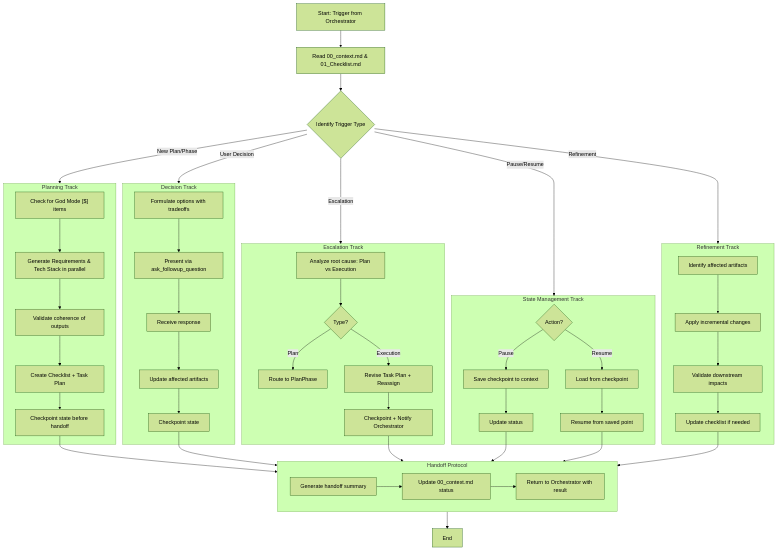
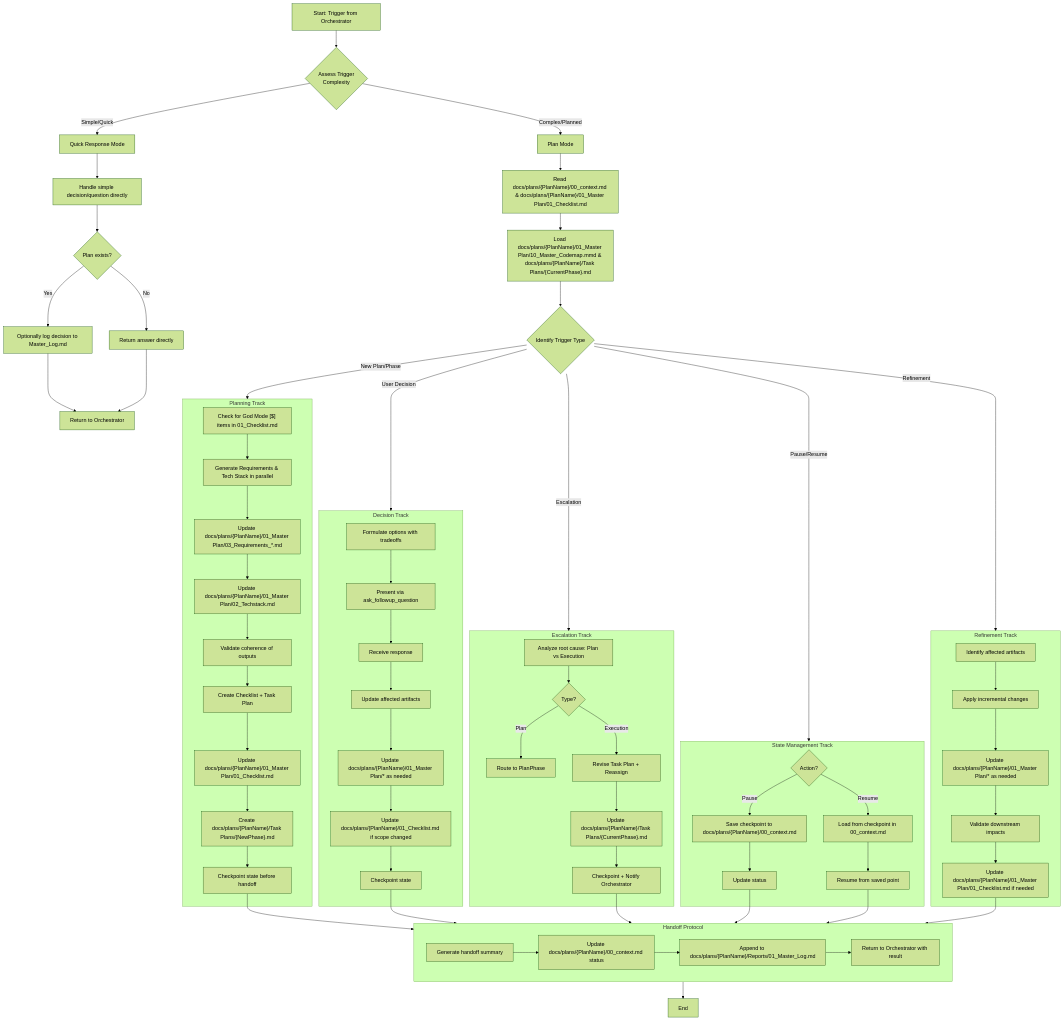
The diagram in agent/01b_architect_subagent_loop.md (burgercrisis/opencode-config), drawn with Mermaid (forest theme) before and after one commit. The commit also changed other lines of this file and 7 other files, not shown here.

First line of the commit message:
feat(orchestrator): add hybrid task complexity assessment with Quick/Plan mode routing

````diff
--- a/agent/01b_architect_subagent_loop.md
+++ b/agent/01b_architect_subagent_loop.md
@@ -11,7 +11,20 @@
 ```mermaid
 flowchart TD
-    Start[Start: Trigger from Orchestrator] --> ReadContext["Read 00_context.md & 01_Checklist.md"]
-    ReadContext --> IdentifyTrigger{Identify Trigger Type}
+    Start[Start: Trigger from Orchestrator] --> AssessTrigger{Assess Trigger\nComplexity}
+    
+    AssessTrigger -->|Simple/Quick| QuickResponse["Quick Response Mode"]
+    AssessTrigger -->|Complex/Planned| PlanRequired["Plan Mode"]
+    
+    QuickResponse --> QR1["Handle simple decision/question directly"]
+    QR1 --> QR2{"Plan exists?"}
+    QR2 -->|Yes| QR3["Optionally log decision to Master_Log.md"]
+    QR2 -->|No| QR4["Return answer directly"]
+    QR3 --> QREnd["Return to Orchestrator"]
+    QR4 --> QREnd
+    
+    PlanRequired --> ReadContext["Read docs/plans/{PlanName}/00_context.md & docs/plans/{PlanName}/01_Master Plan/01_Checklist.md"]
+    ReadContext --> LoadPlan["Load docs/plans/{PlanName}/01_Master Plan/10_Master_Codemap.mmd & docs/plans/{PlanName}/Task Plans/{CurrentPhase}.md"]
+    LoadPlan --> IdentifyTrigger{Identify Trigger Type}
     
     IdentifyTrigger -- New Plan/Phase --> PlanPhase["Planning Track"]
     IdentifyTrigger -- User Decision --> UserDecision["Decision Track"]
@@ -20,11 +33,15 @@
     IdentifyTrigger -- Refinement --> Refinement["Refinement Track"]
     
     subgraph PlanPhase["Planning Track"]
-        PP1["Check for God Mode [$] items"]
+        PP1["Check for God Mode [$] items in 01_Checklist.md"]
         PP1 --> PP2["Generate Requirements & Tech Stack in parallel"]
-        PP2 --> PP3["Validate coherence of outputs"]
+        PP2 --> PP2a["Update docs/plans/{PlanName}/01_Master Plan/03_Requirements_*.md"]
+        PP2a --> PP2b["Update docs/plans/{PlanName}/01_Master Plan/02_Techstack.md"]
+        PP2b --> PP3["Validate coherence of outputs"]
         PP3 --> PP4["Create Checklist + Task Plan"]
-        PP4 --> PP5["Checkpoint state before handoff"]
+        PP4 --> PP4a["Update docs/plans/{PlanName}/01_Master Plan/01_Checklist.md"]
+        PP4a --> PP4b["Create docs/plans/{PlanName}/Task Plans/{NewPhase}.md"]
+        PP4b --> PP5["Checkpoint state before handoff"]
     end
     
     subgraph UserDecision["Decision Track"]
@@ -32,7 +49,9 @@
         UD1 --> UD2["Present via ask_followup_question"]
         UD2 --> UD3["Receive response"]
         UD3 --> UD4["Update affected artifacts"]
-        UD4 --> UD5["Checkpoint state"]
+        UD4 --> UD4a["Update docs/plans/{PlanName}/01_Master Plan/* as needed"]
+        UD4a --> UD4b["Update docs/plans/{PlanName}/01_Checklist.md if scope changed"]
+        UD4b --> UD5["Checkpoint state"]
     end
     
     subgraph Escalation["Escalation Track"]
@@ -40,13 +59,14 @@
         E1 --> E2{Type?}
         E2 -- Plan --> E2a["Route to PlanPhase"]
         E2 -- Execution --> E2b["Revise Task Plan + Reassign"]
-        E2b --> E2c["Checkpoint + Notify Orchestrator"]
+        E2b --> E2b1["Update docs/plans/{PlanName}/Task Plans/{CurrentPhase}.md"]
+        E2b1 --> E2c["Checkpoint + Notify Orchestrator"]
     end
     
     subgraph PauseResume["State Management Track"]
         PR1{Action?}
-        PR1 -- Pause --> PR1a["Save checkpoint to context"]
-        PR1 -- Resume --> PR1b["Load from checkpoint"]
+        PR1 -- Pause --> PR1a["Save checkpoint to docs/plans/{PlanName}/00_context.md"]
+        PR1 -- Resume --> PR1b["Load from checkpoint in 00_context.md"]
         PR1a --> PR1c["Update status"]
         PR1b --> PR1d["Resume from saved point"]
     end
@@ -54,8 +74,9 @@
     subgraph Refinement["Refinement Track"]
         R1["Identify affected artifacts"]
         R1 --> R2["Apply incremental changes"]
-        R2 --> R3["Validate downstream impacts"]
-        R3 --> R4["Update checklist if needed"]
+        R2 --> R2a["Update docs/plans/{PlanName}/01_Master Plan/* as needed"]
+        R2a --> R3["Validate downstream impacts"]
+        R3 --> R4["Update docs/plans/{PlanName}/01_Master Plan/01_Checklist.md if needed"]
     end
     
     PP5 --> Handoff
@@ -67,8 +88,9 @@
     
     subgraph Handoff["Handoff Protocol"]
         H1["Generate handoff summary"]
-        H1 --> H2["Update 00_context.md status"]
-        H2 --> H3["Return to Orchestrator with result"]
+        H1 --> H2["Update docs/plans/{PlanName}/00_context.md status"]
+        H2 --> H3["Append to docs/plans/{PlanName}/Reports/01_Master_Log.md"]
+        H3 --> H4["Return to Orchestrator with result"]
     end
     
     Handoff --> End
````
